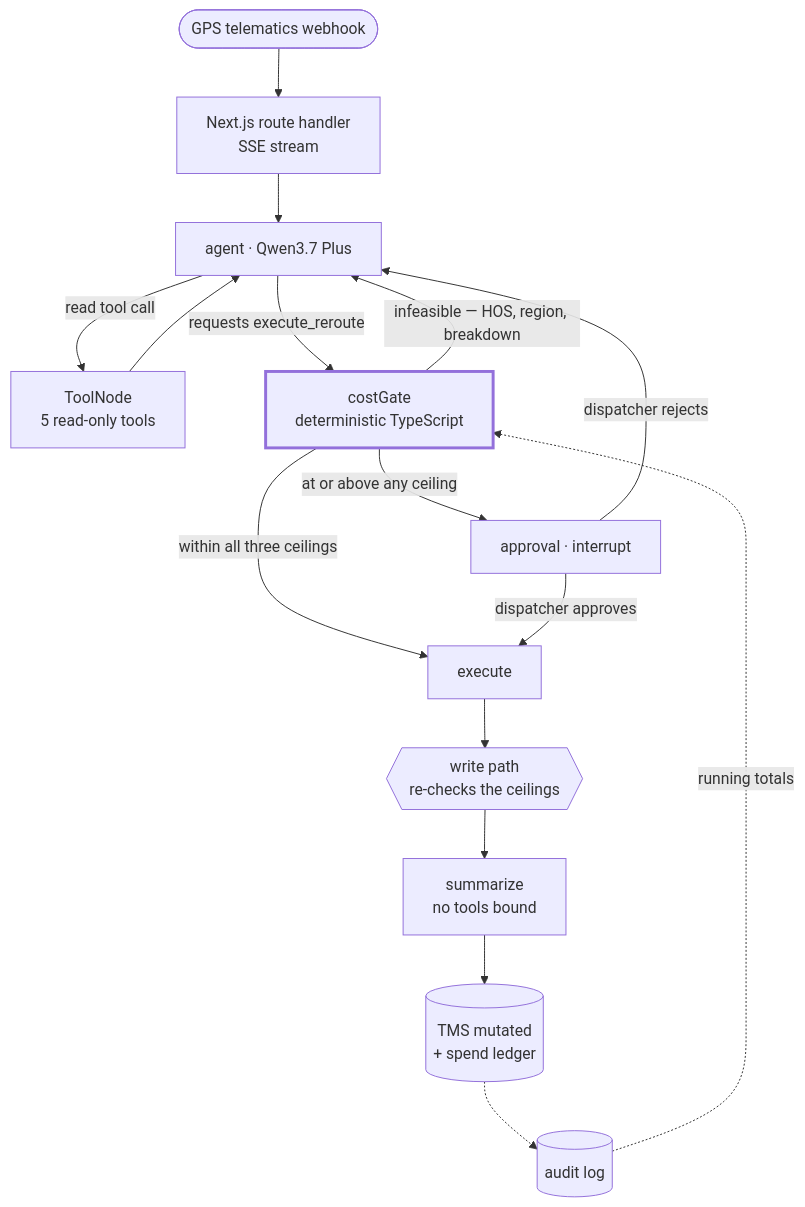
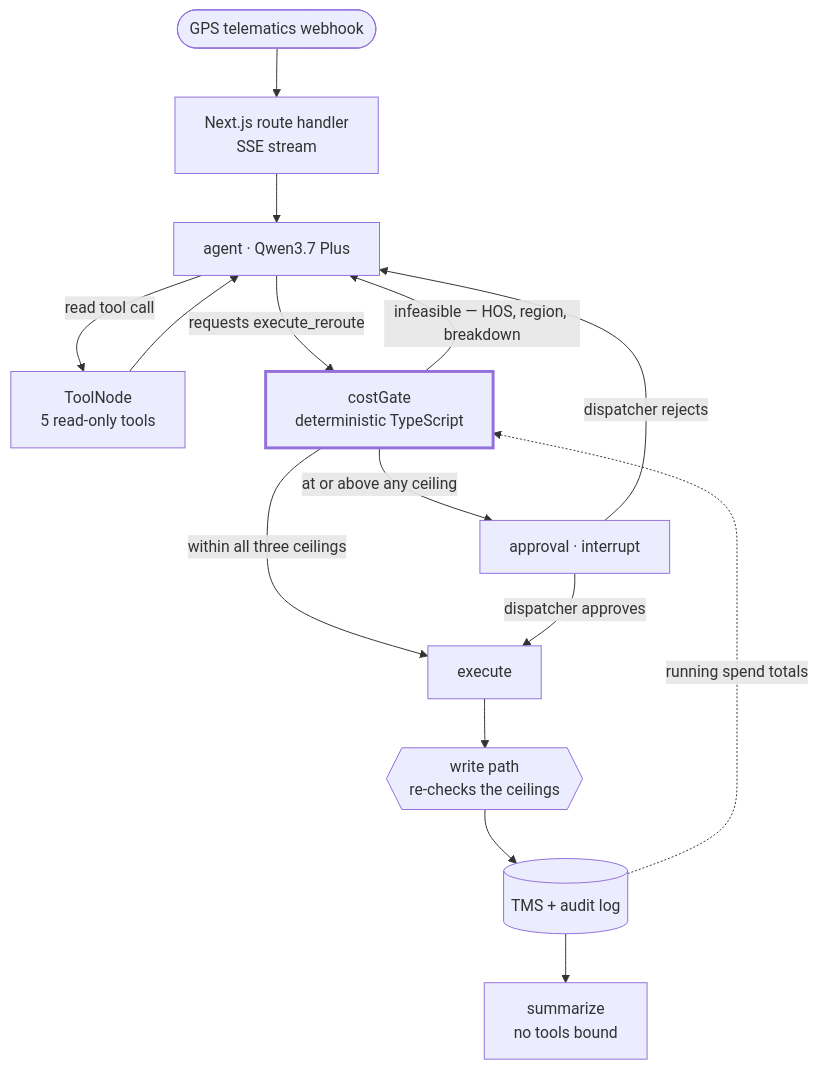
The diagram in README.md (jmgb27/dispatchops-ai), drawn with Mermaid before and after one commit. The commit also changed other lines of this file and 2 other files, not shown here.

````diff
--- a/README.md
+++ b/README.md
@@ -157,27 +158,26 @@
 ```mermaid
 flowchart TD
     WH([GPS telematics webhook]) --> API[Next.js route handler<br/>SSE stream]
     API --> AG[agent · Qwen3.7 Plus]
 
     AG -->|read tool call| TN[ToolNode<br/>5 read-only tools]
     TN --> AG
 
     AG -->|requests execute_reroute| CG[costGate<br/>deterministic TypeScript]
 
     CG -->|infeasible — HOS, region, breakdown| AG
     CG -->|within all three ceilings| EX[execute]
     CG -->|at or above any ceiling| AP[approval · interrupt]
 
     AP -->|dispatcher approves| EX
     AP -->|dispatcher rejects| AG
 
     EX --> WR{{write path<br/>re-checks the ceilings}}
-    WR --> SM[summarize<br/>no tools bound]
-    SM --> DB[(TMS mutated<br/>+ spend ledger)]
+    WR --> DB[(TMS + audit log)]
+    DB --> SM[summarize<br/>no tools bound]
 
-    LG[(audit log)] -.->|running totals| CG
-    DB -.-> LG
+    DB -.->|running spend totals| CG
 
     classDef gate stroke-width:3px
     class CG gate
 ```
````
